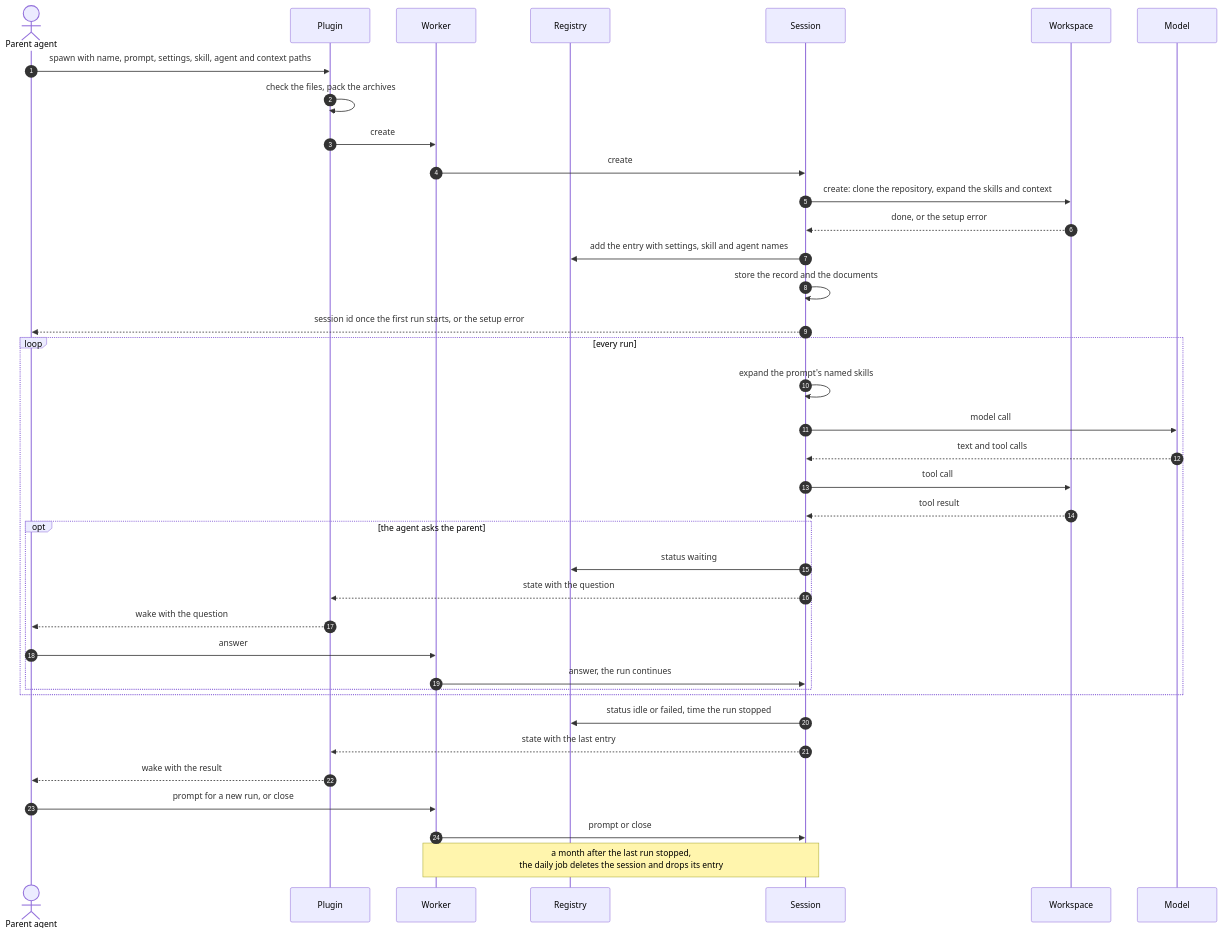
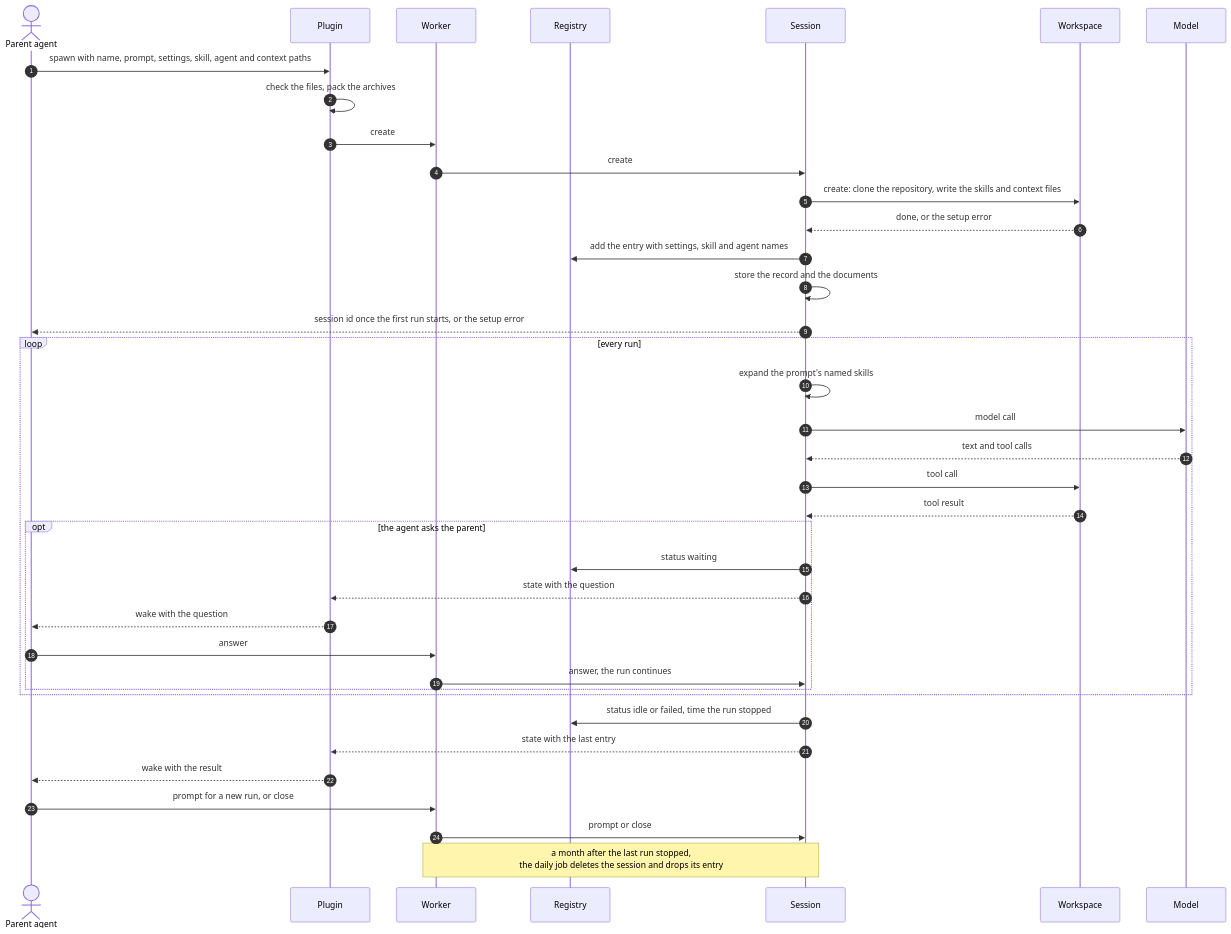
The first of 8 diagrams in docs/technical-design/sessions.md (asermax/tentacles), drawn with Mermaid before and after one commit. The commit also changed other lines of this file and 8 other files, not shown here.

````diff
--- a/docs/technical-design/sessions.md
+++ b/docs/technical-design/sessions.md
@@ -15,40 +15,40 @@
 ```mermaid
 sequenceDiagram
     autonumber
     actor P as Parent agent
     participant H as Plugin
     participant W as Worker
     participant R as Registry
     participant S as Session
     participant Ws as Workspace
     participant M as Model
     P->>H: spawn with name, prompt, settings, skill, agent and context paths
     H->>H: check the files, pack the archives
     H->>W: create
     W->>S: create
-    S->>Ws: create: clone the repository, expand the skills and context
+    S->>Ws: create: clone the repository, write the skills and context files
     Ws-->>S: done, or the setup error
     S->>R: add the entry with settings, skill and agent names
     S->>S: store the record and the documents
     S-->>P: session id once the first run starts, or the setup error
     loop every run
         S->>S: expand the prompt's named skills
         S->>M: model call
         M-->>S: text and tool calls
         S->>Ws: tool call
         Ws-->>S: tool result
         opt the agent asks the parent
             S->>R: status waiting
             S-->>H: state with the question
             H-->>P: wake with the question
             P->>W: answer
             W->>S: answer, the run continues
         end
     end
     S->>R: status idle or failed, time the run stopped
     S-->>H: state with the last entry
     H-->>P: wake with the result
     P->>W: prompt for a new run, or close
     W->>S: prompt or close
     Note over W,S: a month after the last run stopped,<br/>the daily job deletes the session and drops its entry
 ```
````
